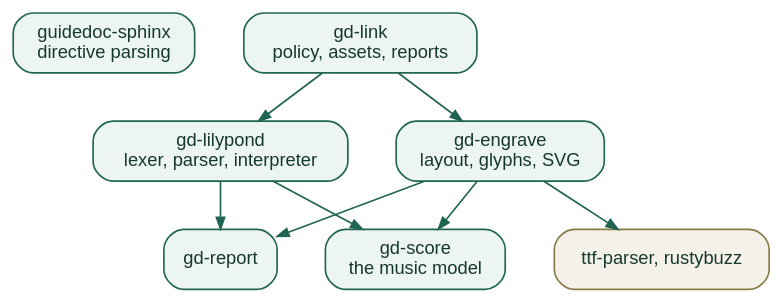
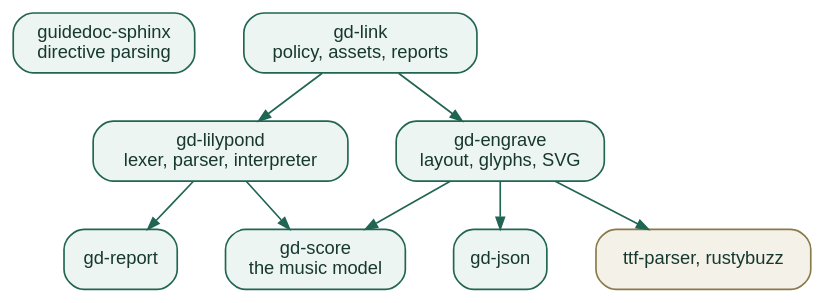
One commit to insanai/guidedog changed the second of 2 diagrams in docs/gds/records/0015-lilypond-music.rst. Above: the diagram before and after it, drawn with Graphviz. The commit also changed other lines of this file and 5 other files, not shown here.

```diff
--- a/docs/gds/records/0015-lilypond-music.rst
+++ b/docs/gds/records/0015-lilypond-music.rst
@@ -244,19 +244,20 @@
 .. graphviz::
    :caption: Crate dependencies. Arrows point from a crate to what it uses.
-   :alt: gd-link uses gd-lilypond and gd-engrave; both use gd-score and gd-report; gd-engrave uses ttf-parser and rustybuzz; guidedoc-sphinx parses the directive.
+   :alt: gd-link uses gd-lilypond and gd-engrave; both use gd-score; gd-lilypond adapts errors through gd-report; gd-engrave uses gd-json, ttf-parser and rustybuzz; guidedoc-sphinx parses the directive.
 
    digraph crates {
      graph [rankdir=TB, bgcolor="transparent", pad="0.3", nodesep="0.4", ranksep="0.4"];
      node [shape=box, style="rounded,filled", fillcolor="#edf5f2",
            color="#216553", fontcolor="#16382f", fontname="Helvetica", fontsize=11];
      edge [color="#216553", arrowsize=0.7];
      sphinx [label="guidedoc-sphinx\ndirective parsing"];
      link [label="gd-link\npolicy, assets, reports"];
      lily [label="gd-lilypond\nlexer, parser, interpreter"];
      engrave [label="gd-engrave\nlayout, glyphs, SVG"];
      score [label="gd-score\nthe music model"];
      report [label="gd-report"];
+     json [label="gd-json"];
      ext [label="ttf-parser, rustybuzz", fillcolor="#f4f1e8", color="#8a7a4a"];
      link -> lily; link -> engrave; lily -> score; engrave -> score;
-     lily -> report; engrave -> report; engrave -> ext;
+     lily -> report; engrave -> json; engrave -> ext;
    }
```
